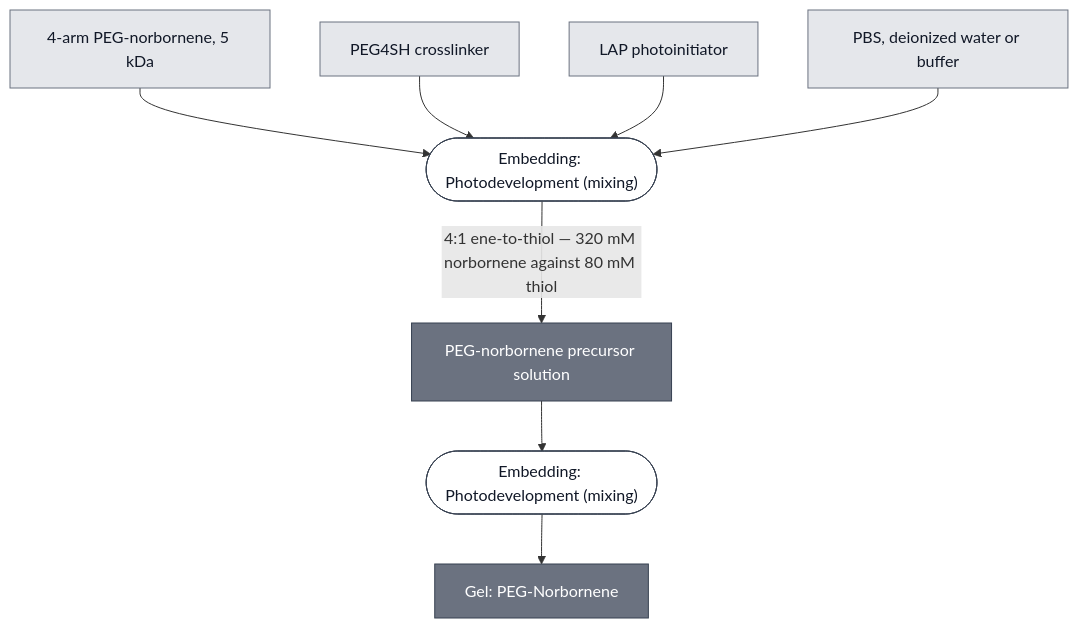
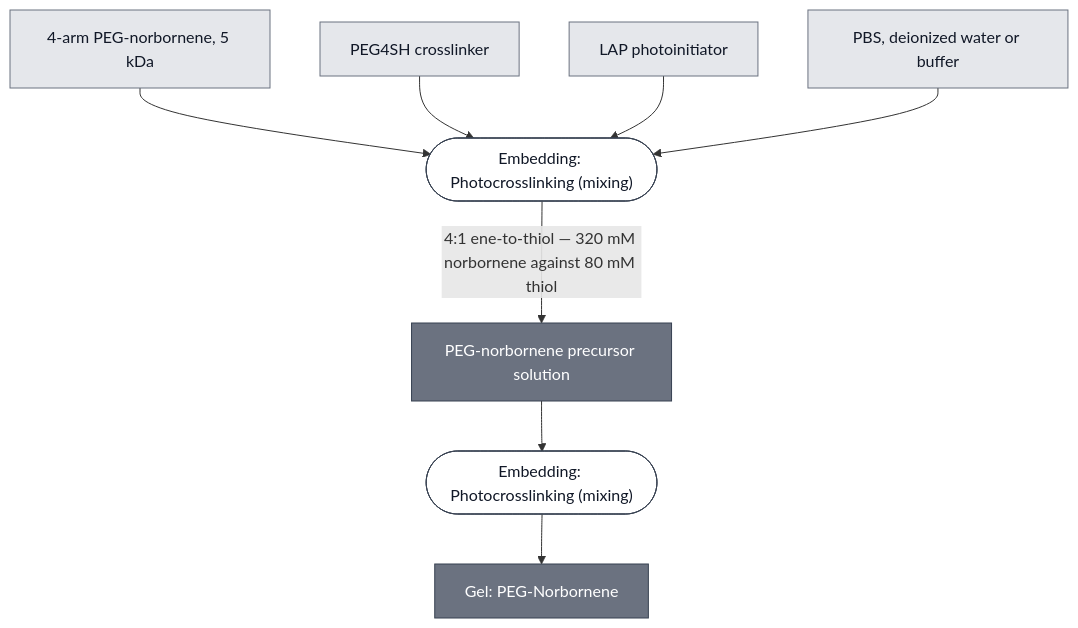
The diagram in docs/modules/gel-peg-norbornene/spec.md (nucleus-eng/nucleus-docs), drawn with Mermaid before and after one commit. The commit also changed other lines of this file and 24 other files, not shown here.

First line of the commit message:
Photodevelopment is photocrosslinking in titles and prose

````diff
--- a/docs/modules/gel-peg-norbornene/spec.md
+++ b/docs/modules/gel-peg-norbornene/spec.md
@@ -32,33 +32,33 @@
 ```mermaid
 flowchart TD
     PEG4NB["4-arm PEG-norbornene, 5 kDa"]
     PEG4SH["PEG4SH crosslinker"]
     LAP["LAP photoinitiator"]
     SOLVENT["PBS, deionized water or buffer"]
 
-    P1_ASSEMBLE_PRECURSOR_0(["Embedding: Photodevelopment (mixing)"])
+    P1_ASSEMBLE_PRECURSOR_0(["Embedding: Photocrosslinking (mixing)"])
     PEG_NORBORNENE_PRECURSOR["PEG-norbornene precursor solution"]
-    P2_PHOTOPATTERN_0(["Embedding: Photodevelopment (mixing)"])
+    P2_PHOTOPATTERN_0(["Embedding: Photocrosslinking (mixing)"])
     GEL_PEG_NORBORNENE["Gel: PEG-Norbornene"]
 
     PEG4NB --> P1_ASSEMBLE_PRECURSOR_0
     PEG4SH --> P1_ASSEMBLE_PRECURSOR_0
     LAP --> P1_ASSEMBLE_PRECURSOR_0
     SOLVENT --> P1_ASSEMBLE_PRECURSOR_0
     P1_ASSEMBLE_PRECURSOR_0 -->|"4:1 ene-to-thiol — 320 mM norbornene against 80 mM thiol"| PEG_NORBORNENE_PRECURSOR
 
     PEG_NORBORNENE_PRECURSOR --> P2_PHOTOPATTERN_0
     P2_PHOTOPATTERN_0 --> GEL_PEG_NORBORNENE
 
 
     classDef leaf     fill:#e5e7eb,stroke:#6b7280,color:#111827;
     classDef composed fill:#6b7280,stroke:#374151,color:#ffffff;
     classDef process  fill:#ffffff,stroke:#374151,color:#111827;
     class PEG4NB,PEG4SH,LAP,SOLVENT leaf;
     class PEG_NORBORNENE_PRECURSOR,GEL_PEG_NORBORNENE composed;
     class P1_ASSEMBLE_PRECURSOR_0,P2_PHOTOPATTERN_0 process;
 
     click P1_ASSEMBLE_PRECURSOR_0 "/docs/processes/embed-photocrosslinking/main"
     click P2_PHOTOPATTERN_0 "/docs/processes/embed-photocrosslinking/main"
     click GEL_PEG_NORBORNENE "/docs/modules/gel-peg-norbornene/spec"
 ```
````
